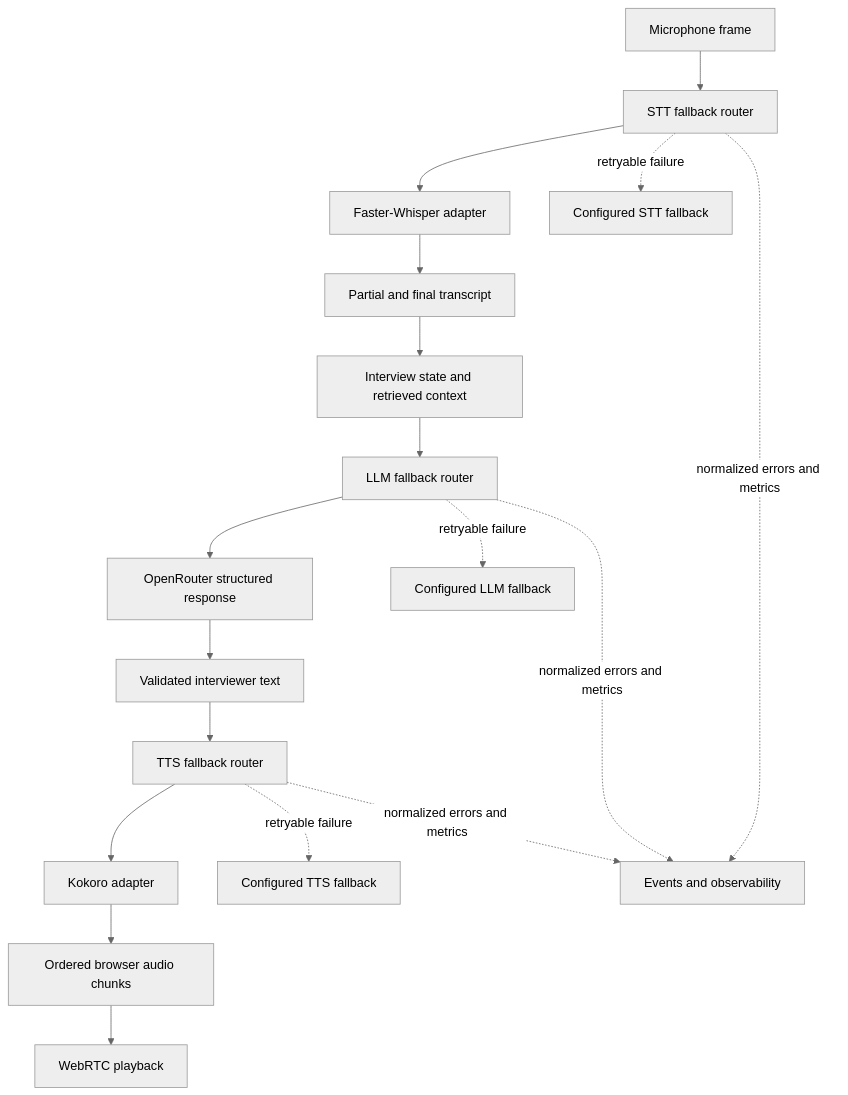
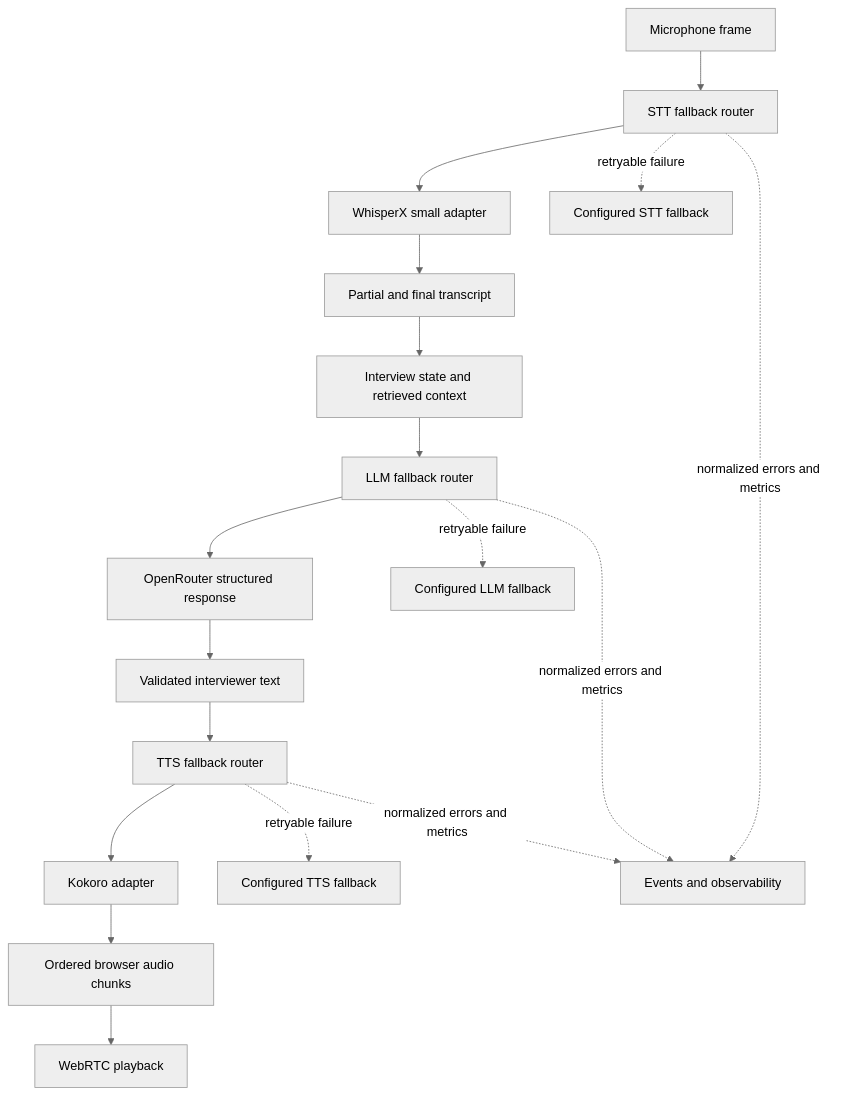
The fifth of 7 diagrams in SPEC.md (shubhank008/ai-interviewer), drawn with Mermaid (neutral theme) before and after one commit. The commit also changed other lines of this file and 7 other files, not shown here.

````diff
--- a/SPEC.md
+++ b/SPEC.md
@@ -431,20 +445,20 @@
 ```mermaid
 flowchart TD
     AUDIO[Microphone frame] --> STTROUTER[STT fallback router]
-    STTROUTER --> STT1[Faster-Whisper adapter]
+    STTROUTER --> STT1[WhisperX small adapter]
     STTROUTER -. retryable failure .-> STT2[Configured STT fallback]
     STT1 --> TRANSCRIPT[Partial and final transcript]
     TRANSCRIPT --> STATE[Interview state and retrieved context]
     STATE --> LLMROUTER[LLM fallback router]
     LLMROUTER --> LLM1[OpenRouter structured response]
     LLMROUTER -. retryable failure .-> LLM2[Configured LLM fallback]
     LLM1 --> TEXT[Validated interviewer text]
     TEXT --> TTSROUTER[TTS fallback router]
     TTSROUTER --> TTS1[Kokoro adapter]
     TTSROUTER -. retryable failure .-> TTS2[Configured TTS fallback]
     TTS1 --> CHUNKS[Ordered browser audio chunks]
     CHUNKS --> PLAY[WebRTC playback]
     STTROUTER -. normalized errors and metrics .-> OBS[Events and observability]
     LLMROUTER -. normalized errors and metrics .-> OBS
     TTSROUTER -. normalized errors and metrics .-> OBS
 ```
````
